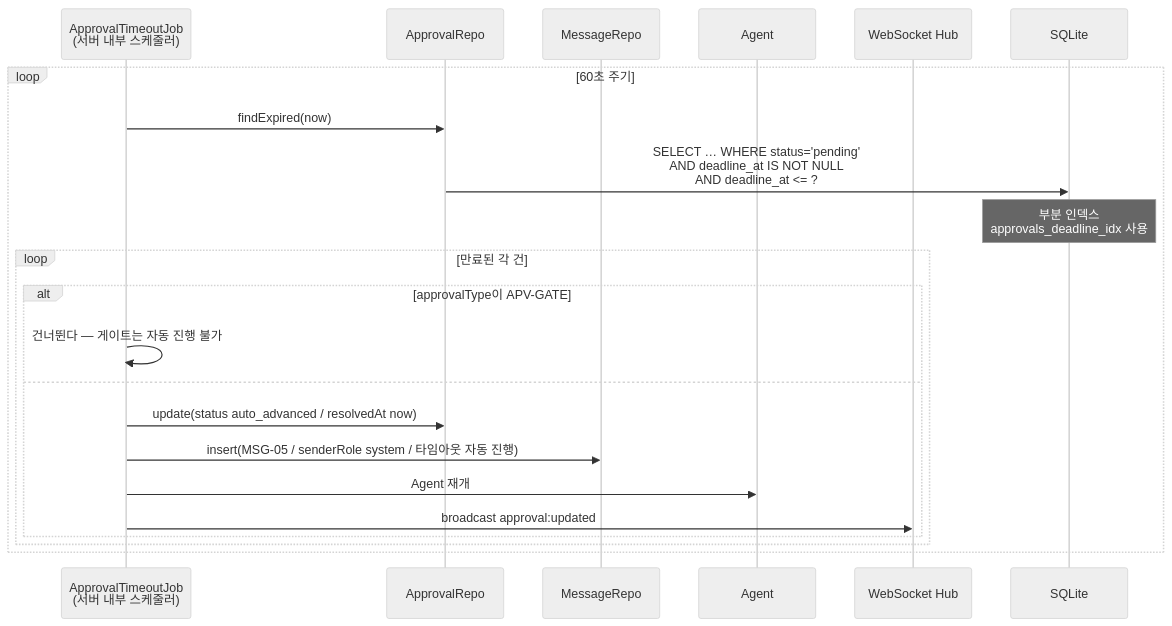
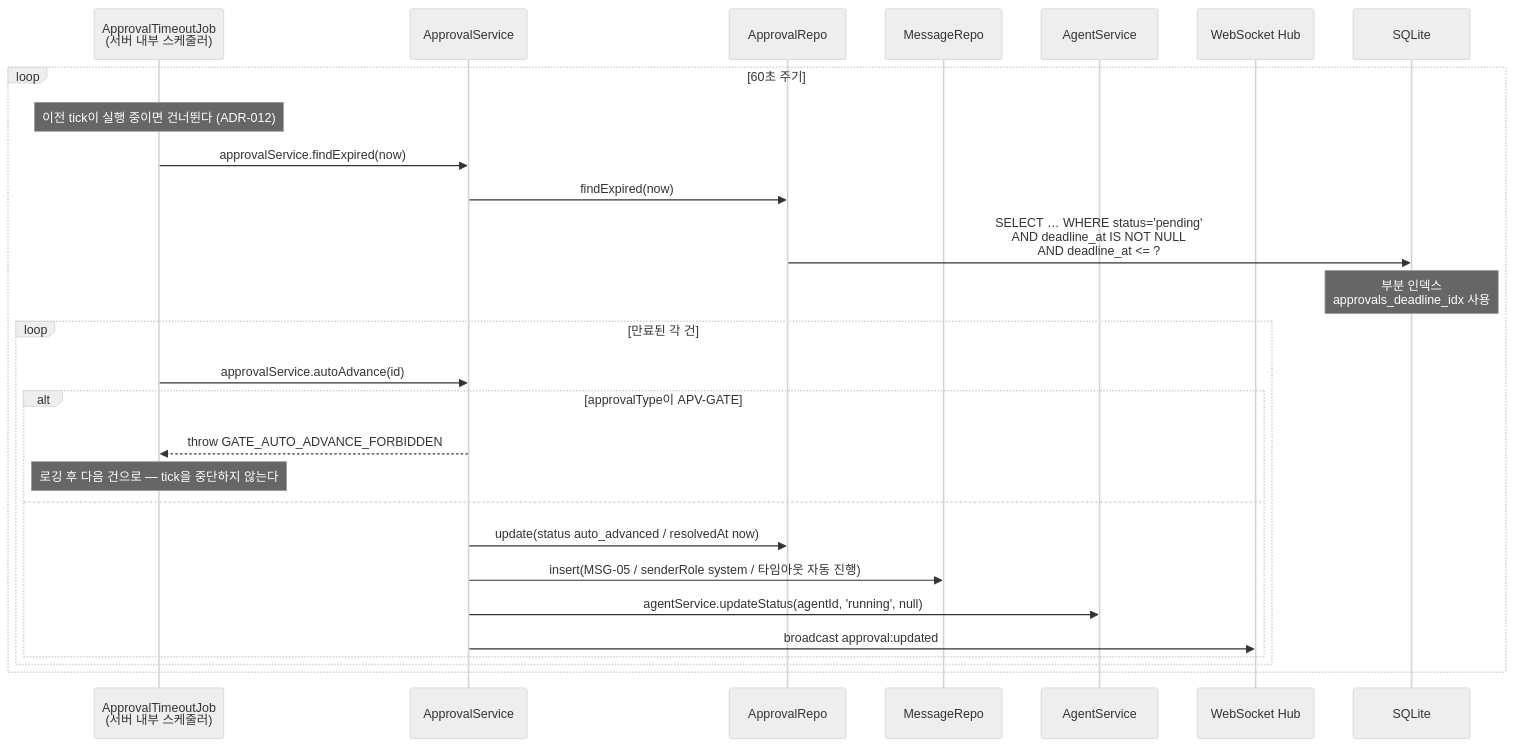
Before and after one commit to AI-Agent-Jeon/ClaudeManager-v2: diagram 18 of 19 in docs/design/des-004-sequence-dataflow.md, drawn with Mermaid (neutral theme). The commit also changed other lines of this file and 10 other files, not shown here.

````diff
--- a/docs/design/des-004-sequence-dataflow.md
+++ b/docs/design/des-004-sequence-dataflow.md
@@ -1230,25 +1251,30 @@
 ```mermaid
 sequenceDiagram
     participant T as ApprovalTimeoutJob<br>(서버 내부 스케줄러)
+    participant AS as ApprovalService
     participant AR as ApprovalRepo
     participant MR as MessageRepo
-    participant AG as Agent
+    participant AGS as AgentService
     participant WS as WebSocket Hub
     participant DB as SQLite
 
     loop 60초 주기
-        T->>AR: findExpired(now)
+        Note over T: 이전 tick이 실행 중이면 건너뛴다 (ADR-012)
+        T->>AS: approvalService.findExpired(now)
+        AS->>AR: findExpired(now)
         AR->>DB: SELECT … WHERE status='pending'<br>AND deadline_at IS NOT NULL<br>AND deadline_at <= ?
         Note over DB: 부분 인덱스<br>approvals_deadline_idx 사용
         loop 만료된 각 건
+            T->>AS: approvalService.autoAdvance(id)
             alt approvalType이 APV-GATE
-                T->>T: 건너뛴다 — 게이트는 자동 진행 불가
+                AS-->>T: throw GATE_AUTO_ADVANCE_FORBIDDEN
+                Note over T: 로깅 후 다음 건으로 — tick을 중단하지 않는다
             else
-                T->>AR: update(status auto_advanced / resolvedAt now)
-                T->>MR: insert(MSG-05 / senderRole system / 타임아웃 자동 진행)
-                T->>AG: Agent 재개
-                T->>WS: broadcast approval:updated
+                AS->>AR: update(status auto_advanced / resolvedAt now)
+                AS->>MR: insert(MSG-05 / senderRole system / 타임아웃 자동 진행)
+                AS->>AGS: agentService.updateStatus(agentId, 'running', null)
+                AS->>WS: broadcast approval:updated
             end
         end
     end
 ```
````
